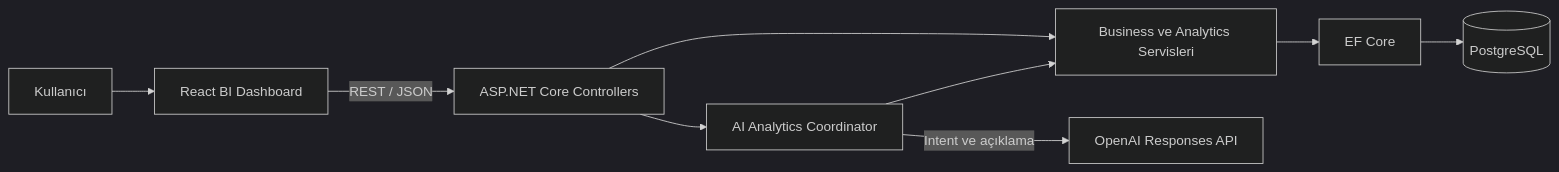
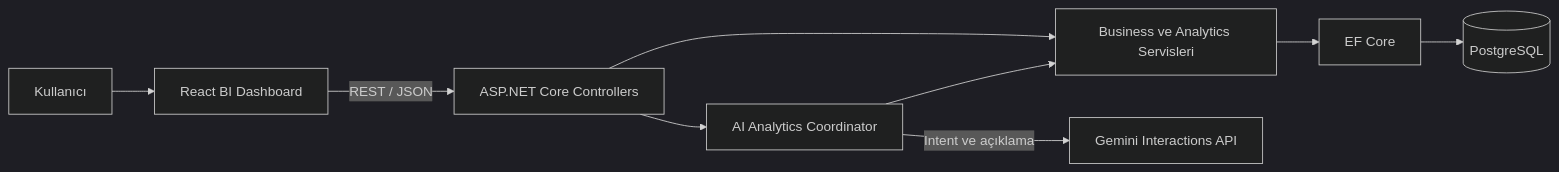
Before and after one commit to senagokaslan/QueryPilot: the diagram in README.md, drawn with Mermaid (dark theme). The commit also changed other lines of this file and 17 other files, not shown here.

````diff
--- a/README.md
+++ b/README.md
@@ -7,11 +7,11 @@
 ```mermaid
 flowchart LR
     U[Kullanıcı] --> F[React BI Dashboard]
     F -->|REST / JSON| C[ASP.NET Core Controllers]
     C --> S[Business ve Analytics Servisleri]
     S --> E[EF Core]
     E --> P[(PostgreSQL)]
     C --> O[AI Analytics Coordinator]
     O --> S
-    O -->|Intent ve açıklama| A[OpenAI Responses API]
+    O -->|Intent ve açıklama| A[Gemini Interactions API]
 ```
````
